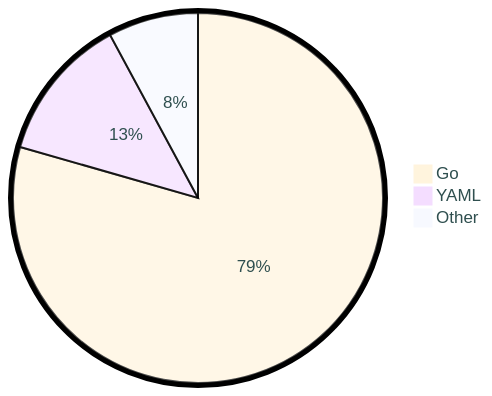
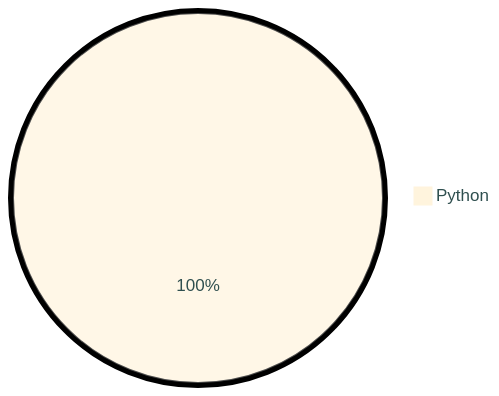
One commit to tot0p/tot0p changed the diagram in README.md. Above: the diagram before and after it, drawn with Mermaid. The commit also changed other lines of this file, not shown here.

````diff
--- a/README.md
+++ b/README.md
@@ -71,7 +66,5 @@
 ```mermaid
 %%{init: {"pie": {"textPosition": 0.5}, "themeVariables": {"pieOuterStrokeWidth": "5px","primaryTextColor" : "#2F4F4F"},"theme":"base"} }%%
 pie
-	"Go": 79.45
-	"YAML": 12.68
-	"Other": 7.870000000000001
+	"Python": 100.0
 ```
````
